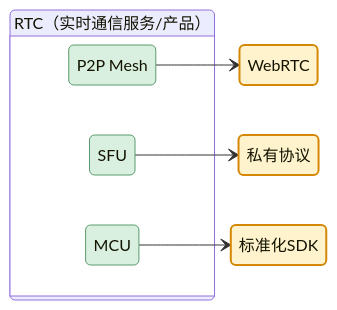
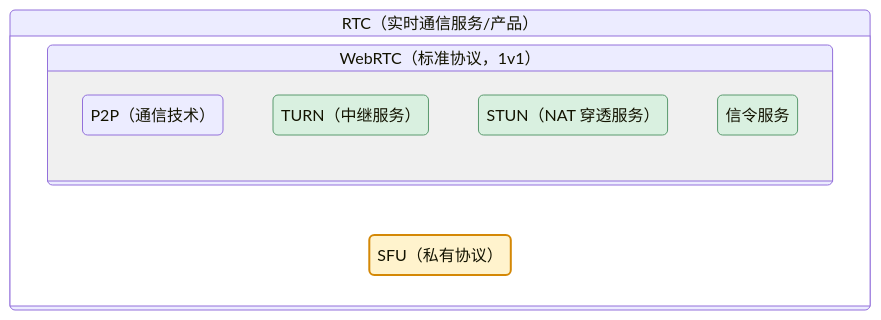
The first of 2 diagrams in content/docs/rtc-intro/rtc-intro.md (techunder/posts), drawn with Mermaid before and after one commit. The commit also changed other lines of this file and 1 other file, not shown here.

````diff
--- a/content/docs/rtc-intro/rtc-intro.md
+++ b/content/docs/rtc-intro/rtc-intro.md
@@ -54,31 +38,28 @@
 ```mermaid
 stateDiagram-v2
     direction LR
 
-    host     : RTC（实时通信服务/产品）
-    ent_p2p : P2P Mesh
-    ent_sfu : SFU
-    ent_mcu : MCU
-    impl_webrtc : WebRTC
-    impl_priv : 私有协议
-    impl_sdk : 标准化SDK
+    rtc : RTC（实时通信服务/产品）
+    webrtc : WebRTC（标准协议，1v1）
+    p2p : P2P（通信技术）
+    sfu : SFU（私有协议）
+    turn : TURN（中继服务）
+    stun : STUN（NAT 穿透服务）
+    signaling : 信令服务
 
-    %% OpenClaw 核心
-    state host {
+    state rtc {
         direction LR
-        ent_p2p
-        ent_sfu
-        ent_mcu
+        state webrtc {
+            p2p
+            stun
+            turn
+            signaling
+        }
+        sfu
     }
-
-    ent_p2p --> impl_webrtc
-    ent_sfu --> impl_priv
-    ent_mcu --> impl_sdk
-
-    style ent_p2p   fill:#d9f0e0,stroke:#5a9a6e
-    style ent_sfu   fill:#d9f0e0,stroke:#5a9a6e
-    style ent_mcu   fill:#d9f0e0,stroke:#5a9a6e
-    style impl_webrtc   fill:#fff3cd,stroke:#d48806,stroke-width:2px
-    style impl_priv   fill:#fff3cd,stroke:#d48806,stroke-width:2px
-    style impl_sdk   fill:#fff3cd,stroke:#d48806,stroke-width:2px
+    style turn    fill:#d9f0e0,stroke:#5a9a6e
+    style stun  fill:#d9f0e0,stroke:#5a9a6e
+    style signaling  fill:#d9f0e0,stroke:#5a9a6e
+    style rtc      fill:#fff3cd,stroke:#d48806,stroke-width:2px
+    style sfu      fill:#fff3cd,stroke:#d48806,stroke-width:2px
 ```
````
